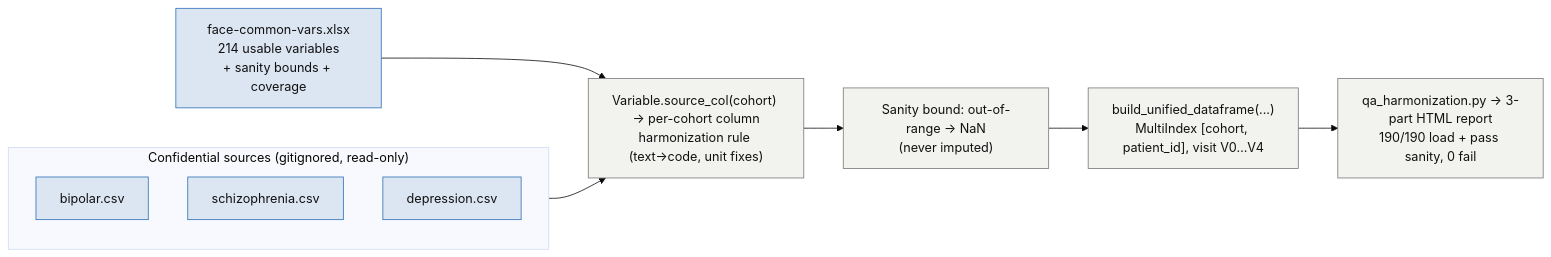
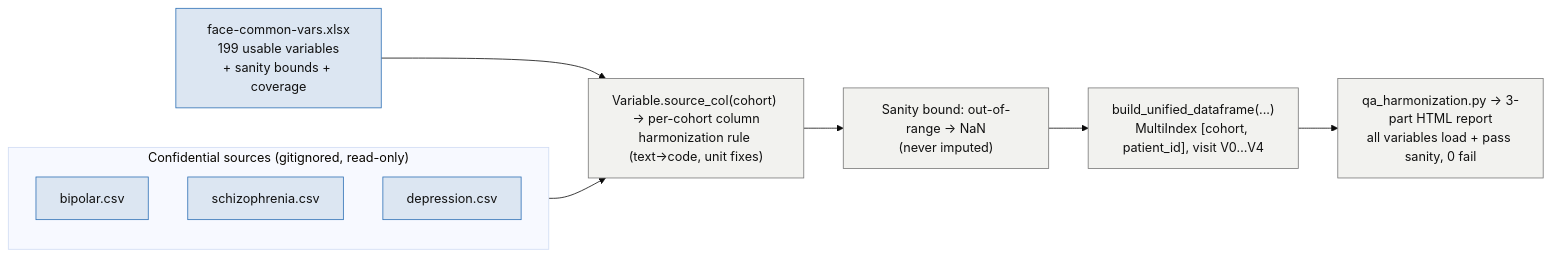
Before and after one commit to AndriiKulakovskyi/face-trans-diagnostic-phenotypes: the second of 10 diagrams in docs/PIPELINE.md, drawn with Mermaid (base theme). The commit also changed other lines of this file and 8 other files, not shown here.

````diff
--- a/docs/PIPELINE.md
+++ b/docs/PIPELINE.md
@@ -78,18 +78,18 @@
 ```mermaid
 flowchart LR
     classDef data fill:#DCE6F2,stroke:#2C6FB5,color:#111
     classDef proc fill:#F2F2EF,stroke:#777,color:#111
     subgraph SRC["Confidential sources (gitignored, read-only)"]
         direction TB
         C1["bipolar.csv"]:::data
         C2["schizophrenia.csv"]:::data
         C3["depression.csv"]:::data
     end
-    DICT["face-common-vars.xlsx<br/>214 usable variables<br/>+ sanity bounds + coverage"]:::data
+    DICT["face-common-vars.xlsx<br/>199 usable variables<br/>+ sanity bounds + coverage"]:::data
     SRC --> R
     DICT --> R
     R["Variable.source_col(cohort) → per-cohort column<br/>harmonization rule (text→code, unit fixes)"]:::proc
     R --> S["Sanity bound: out-of-range → NaN<br/>(never imputed)"]:::proc
     S --> U["build_unified_dataframe(...)<br/>MultiIndex [cohort, patient_id], visit V0…V4"]:::proc
-    U --> QA["qa_harmonization.py → 3-part HTML report<br/>190/190 load + pass sanity, 0 fail"]:::proc
+    U --> QA["qa_harmonization.py → 3-part HTML report<br/>all variables load + pass sanity, 0 fail"]:::proc
 ```
````
